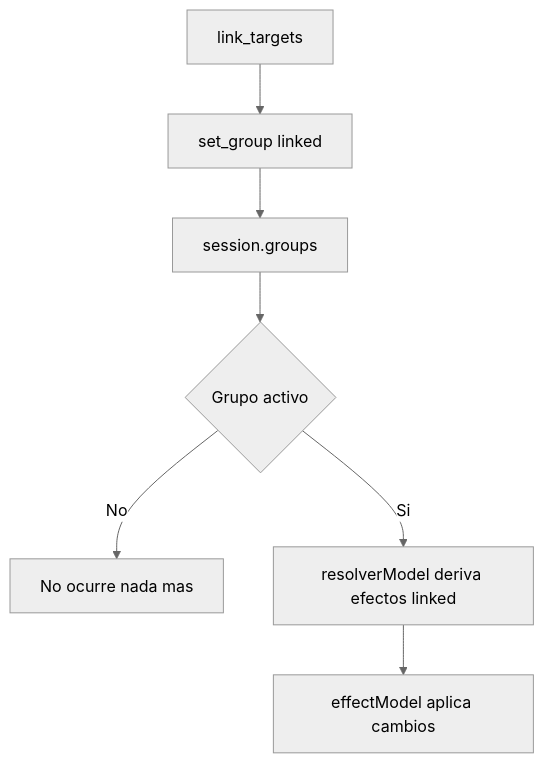
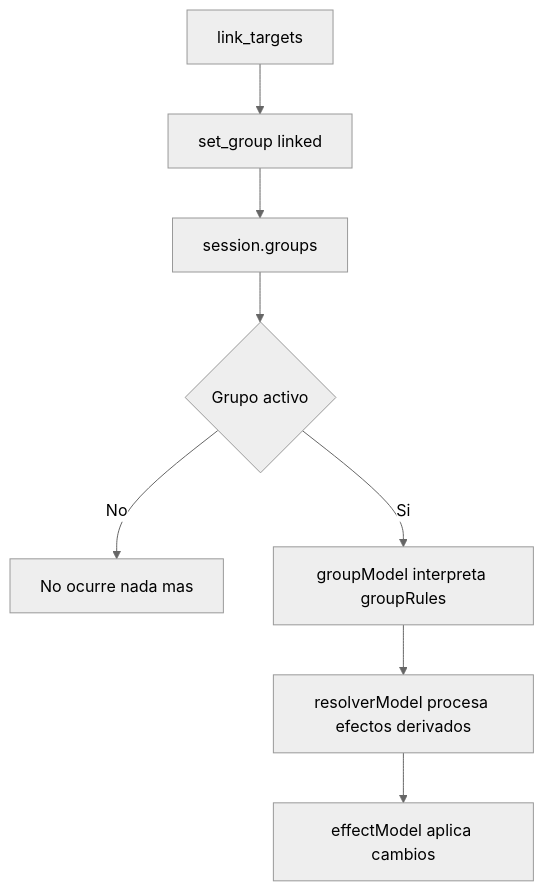
One commit to juanramonmorandeira/castronegro-director changed the ninth of 14 diagrams in docs/engine_flow_map.md. Above: the diagram before and after it, drawn with Mermaid (neutral theme). The commit also changed other lines of this file and 47 other files, not shown here.

````diff
--- a/docs/engine_flow_map.md
+++ b/docs/engine_flow_map.md
@@ -467,9 +475,10 @@
 ```mermaid
 graph TD
   A[link_targets] --> B[set_group linked]
   B --> C[session.groups]
   C --> D{Grupo activo}
   D -->|No| E[No ocurre nada mas]
-  D -->|Si| F[resolverModel deriva efectos linked]
-  F --> G[effectModel aplica cambios]
+  D -->|Si| F[groupModel interpreta groupRules]
+  F --> G[resolverModel procesa efectos derivados]
+  G --> H[effectModel aplica cambios]
 ```
````
